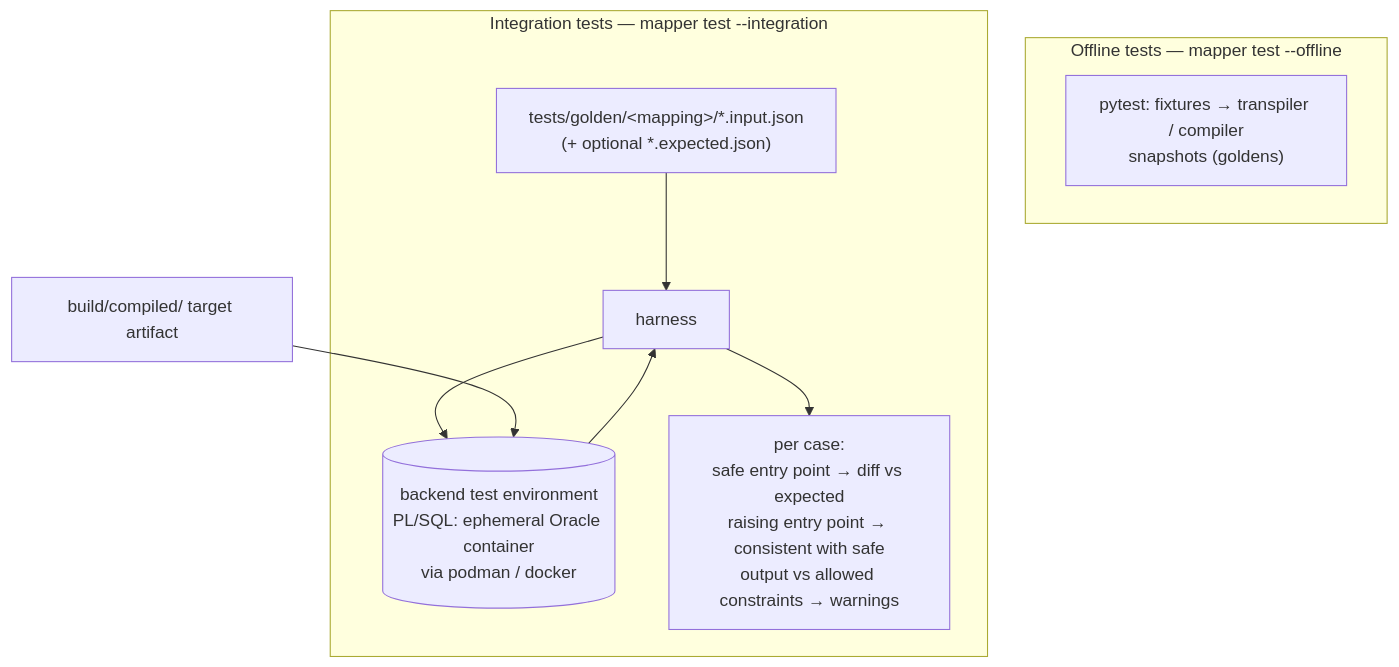
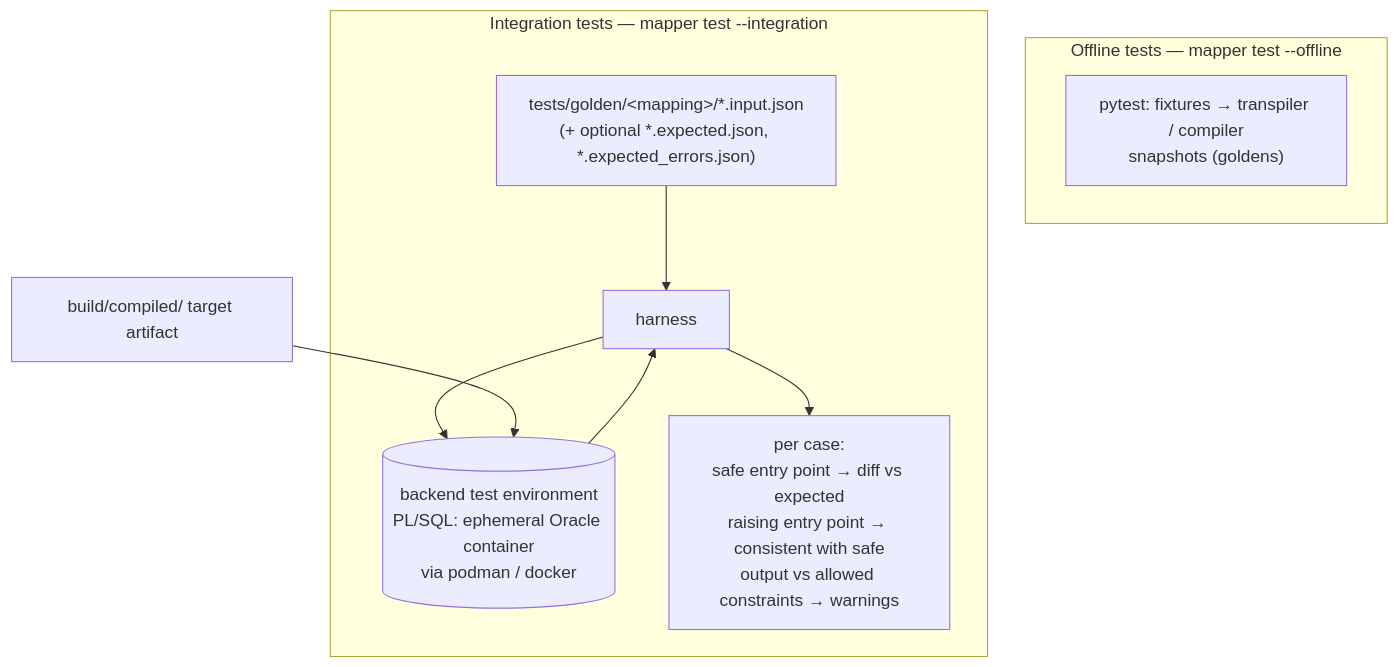
The sixth of 7 diagrams in docs/ARCHITECTURE.md (elegos/json2json-mapping-engine), drawn with Mermaid before and after one commit. The commit also changed other lines of this file and 18 other files, not shown here.

First line of the commit message:
PL/SQL: isolate failing nested rule calls; expected_errors in golden cases

````diff
--- a/docs/ARCHITECTURE.md
+++ b/docs/ARCHITECTURE.md
@@ -177,15 +177,15 @@
 ```mermaid
 flowchart TB
     subgraph off["Offline tests — mapper test --offline"]
         T1["pytest: fixtures → transpiler / compiler<br/>snapshots (goldens)"]
     end
 
     subgraph integ["Integration tests — mapper test --integration"]
-        C["tests/golden/&lt;mapping&gt;/*.input.json<br/>(+ optional *.expected.json)"] --> H["harness"]
+        C["tests/golden/&lt;mapping&gt;/*.input.json<br/>(+ optional *.expected.json, *.expected_errors.json)"] --> H["harness"]
         H --> ENV[("backend test environment<br/>PL/SQL: ephemeral Oracle container<br/>via podman / docker")]
         ENV --> H
         H --> CHK["per case:<br/>safe entry point → diff vs expected<br/>raising entry point → consistent with safe<br/>output vs allowed constraints → warnings"]
     end
 
     ART["build/compiled/ target artifact"] --> ENV
 ```
````
